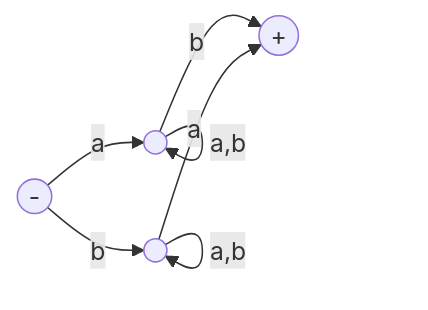
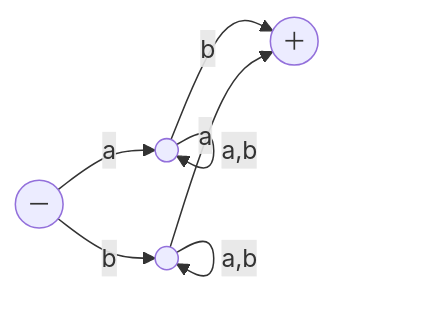
One commit to ufidon/ct changed the sixth of 19 diagrams in review/mid/README.md. Above: the diagram before and after it, drawn with Mermaid. The commit also changed other lines of this file, not shown here.

Commit message:
fixed mermaid

````diff
--- a/review/mid/README.md
+++ b/review/mid/README.md
@@ -159,13 +159,13 @@
 ```mermaid
 flowchart LR
-  m(("-"))
+  m(("－"))
   p1((" "))
   p2((" "))
-  f1(("+"))
+  f1(("＋"))
   m-->|a|p1
   m-->|b|p2
   p1-->|"a,b"|p1
   p2-->|"a,b"|p2
   p1-->|b|f1
   p2-->|a|f1
 ```
````
